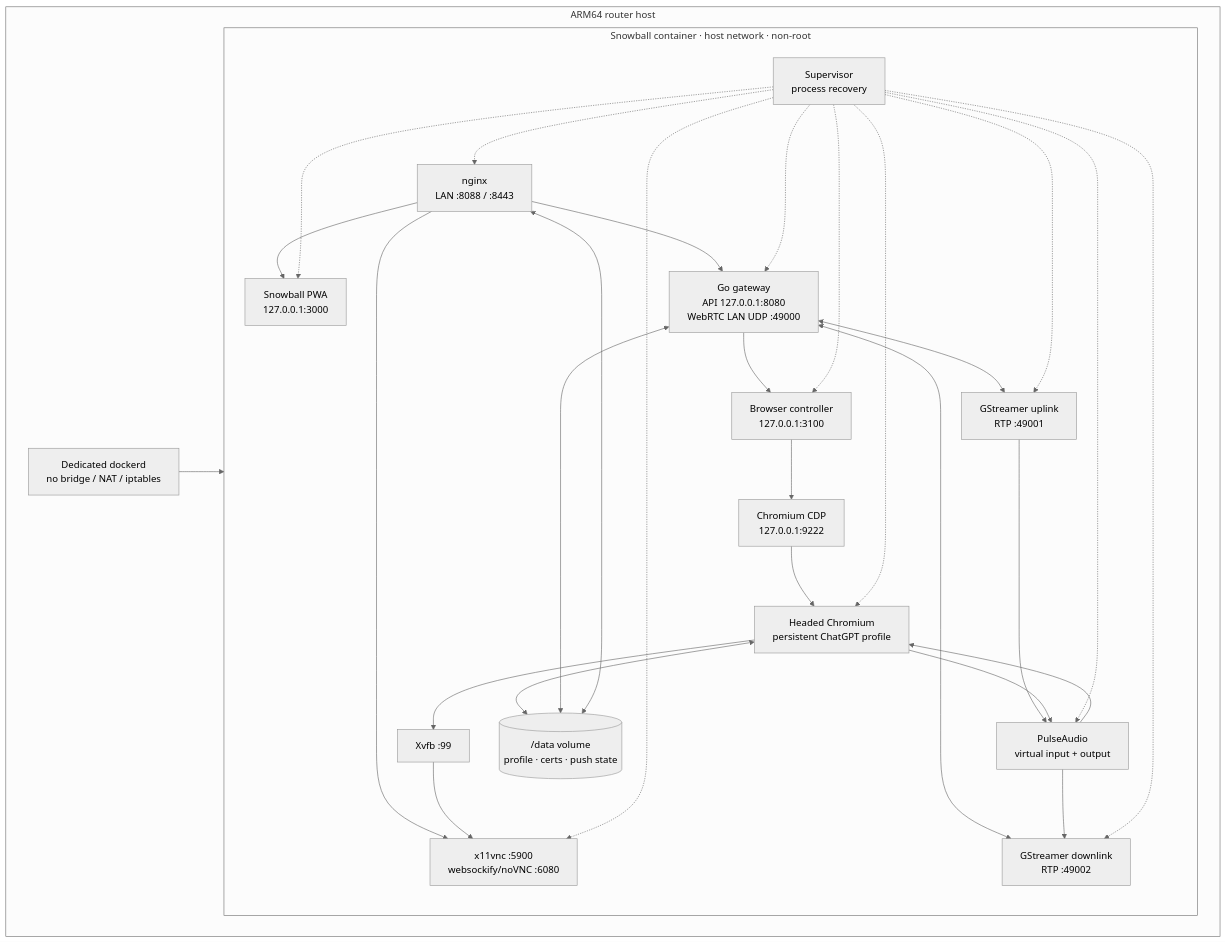
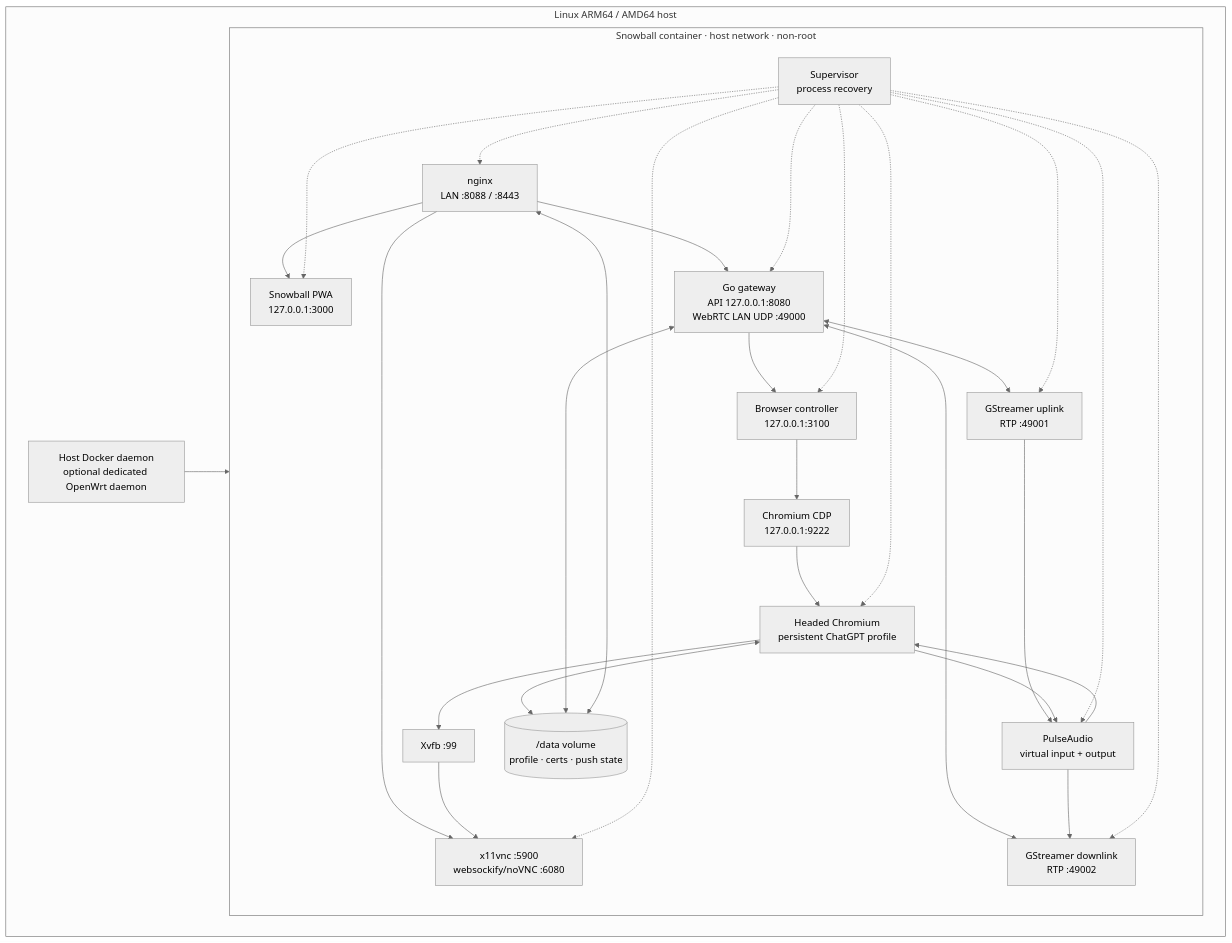
One commit to fkiller/snowball changed the second of 6 diagrams in ARCHITECTURE.md. Above: the diagram before and after it, drawn with Mermaid (neutral theme). The commit also changed other lines of this file and 45 other files, not shown here.

````diff
--- a/ARCHITECTURE.md
+++ b/ARCHITECTURE.md
@@ -27,49 +27,49 @@
 ```mermaid
 flowchart TB
-    subgraph Host["ARM64 router host"]
-        Dockerd["Dedicated dockerd<br/>no bridge / NAT / iptables"]
+    subgraph Host["Linux ARM64 / AMD64 host"]
+        Dockerd["Host Docker daemon<br/>optional dedicated OpenWrt daemon"]
 
         subgraph Container["Snowball container · host network · non-root"]
             Nginx["nginx<br/>LAN :8088 / :8443"]
             Web["Snowball PWA<br/>127.0.0.1:3000"]
             Gateway["Go gateway<br/>API 127.0.0.1:8080<br/>WebRTC LAN UDP :49000"]
             Controller["Browser controller<br/>127.0.0.1:3100"]
             CDP["Chromium CDP<br/>127.0.0.1:9222"]
             Chromium["Headed Chromium<br/>persistent ChatGPT profile"]
             Display["Xvfb :99"]
             VNC["x11vnc :5900<br/>websockify/noVNC :6080"]
             Pulse["PulseAudio<br/>virtual input + output"]
             GstUp["GStreamer uplink<br/>RTP :49001"]
             GstDown["GStreamer downlink<br/>RTP :49002"]
             Supervisor["Supervisor<br/>process recovery"]
             Data[("/data volume<br/>profile · certs · push state")]
 
             Nginx --> Web
             Nginx --> Gateway
             Nginx --> VNC
             Gateway --> Controller
             Controller --> CDP --> Chromium
             Chromium --> Display --> VNC
             Gateway <--> GstUp
             Gateway <--> GstDown
             GstUp --> Pulse
             Pulse --> Chromium
             Chromium --> Pulse
             Pulse --> GstDown
             Chromium <--> Data
             Gateway <--> Data
             Nginx <--> Data
             Supervisor -.-> Web
             Supervisor -.-> Gateway
             Supervisor -.-> Controller
             Supervisor -.-> Chromium
             Supervisor -.-> VNC
             Supervisor -.-> Pulse
             Supervisor -.-> GstUp
             Supervisor -.-> GstDown
             Supervisor -.-> Nginx
         end
 
         Dockerd --> Container
     end
 ```
````
